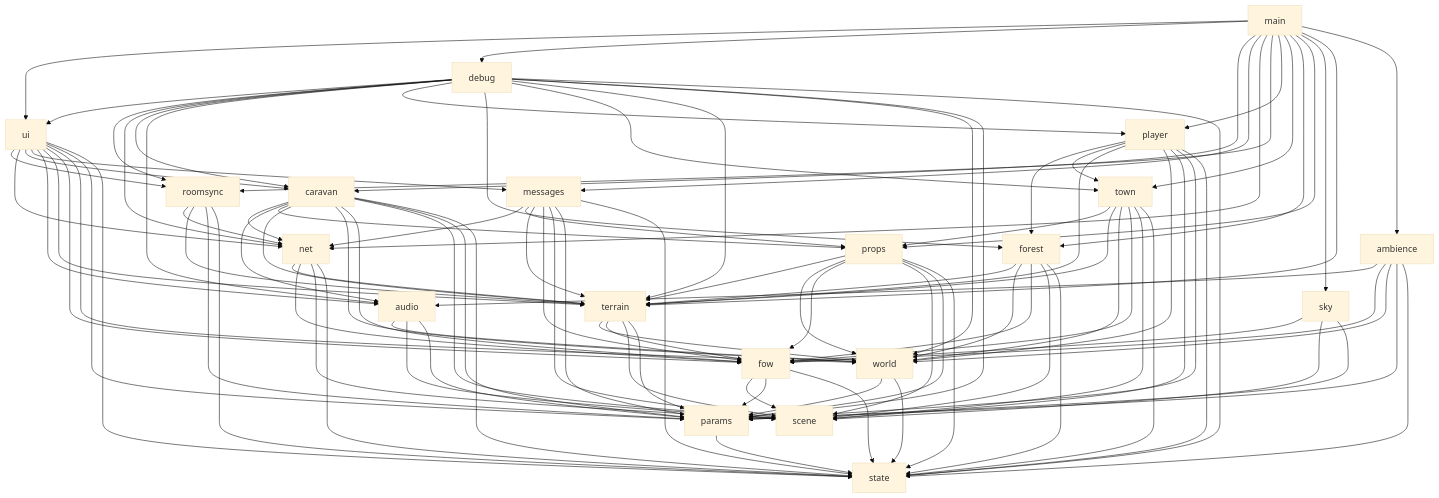
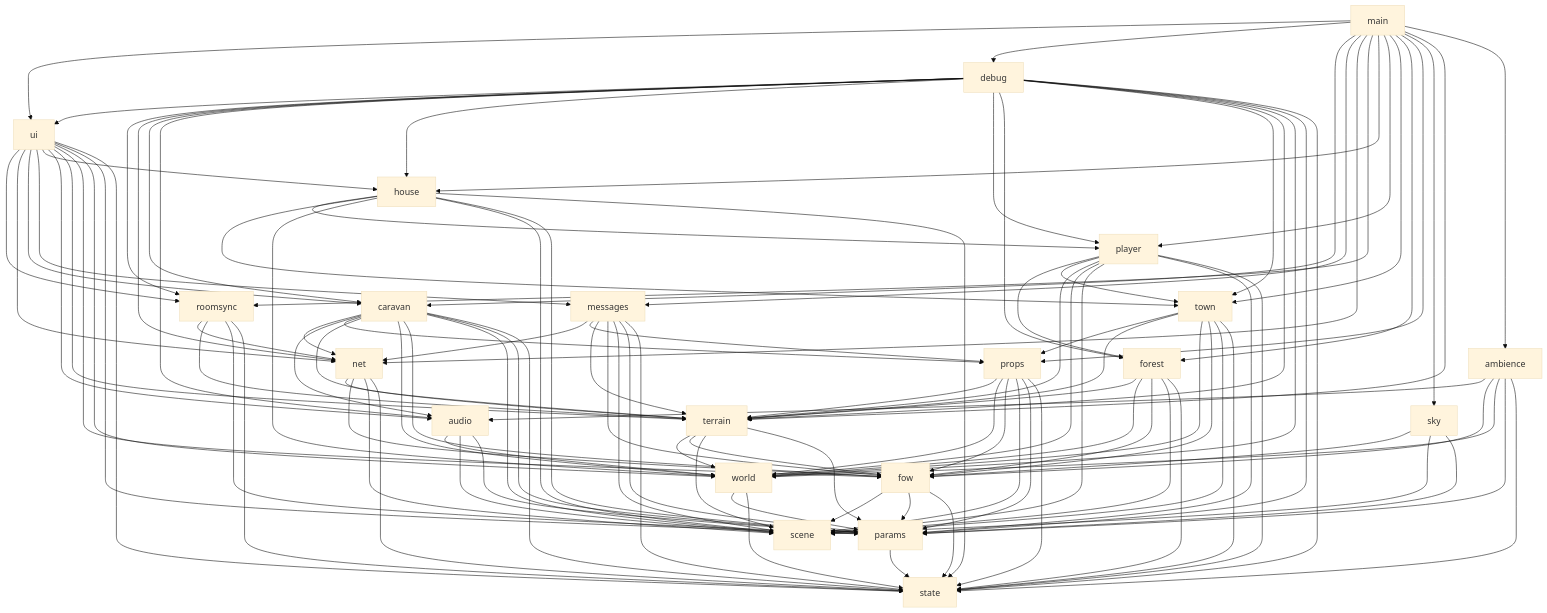
Before and after one commit to 0t3dWCE/inner-sphere-proto: the diagram in ARCHITECTURE.md, drawn with Mermaid (base theme). The commit also changed other lines of this file and 11 other files, not shown here.

````diff
--- a/ARCHITECTURE.md
+++ b/ARCHITECTURE.md
@@ -38,23 +39,24 @@
 ```mermaid
 flowchart TD
-  main --> ui & debug & caravan & messages & net & roomsync & player & town & forest & props & sky & terrain & ambience
-  ui --> roomsync & net & caravan & messages & audio & terrain & fow & world & params & state
-  debug --> ui & roomsync & net & caravan & audio & player & forest & town & terrain & world & params & state
+  main --> ui & debug & caravan & messages & net & roomsync & house & player & town & forest & props & sky & terrain & ambience
+  ui --> roomsync & net & caravan & messages & house & audio & terrain & fow & world & params & state
+  debug --> ui & roomsync & net & caravan & audio & house & player & forest & town & terrain & world & params & state
+  house --> player & town & world & scene & params & state
   roomsync --> net & terrain & params & state
   caravan --> net & audio & props & terrain & world & fow & scene & params & state
   messages --> net & props & terrain & fow & scene & params & state
   ambience --> audio & fow & world & params & state
   audio --> world & scene & params
   net --> terrain & fow & scene & state
   player --> forest & town & terrain & world & scene & params & state
   town --> props & terrain & world & fow & scene & state
   forest --> terrain & world & fow & scene & state
   props --> terrain & world & fow & scene & params & state
   sky --> fow & scene & params
   terrain --> world & fow & scene & params
   fow --> scene & params & state
   world --> params & state
   params --> state
   scene
   state
 ```
````
